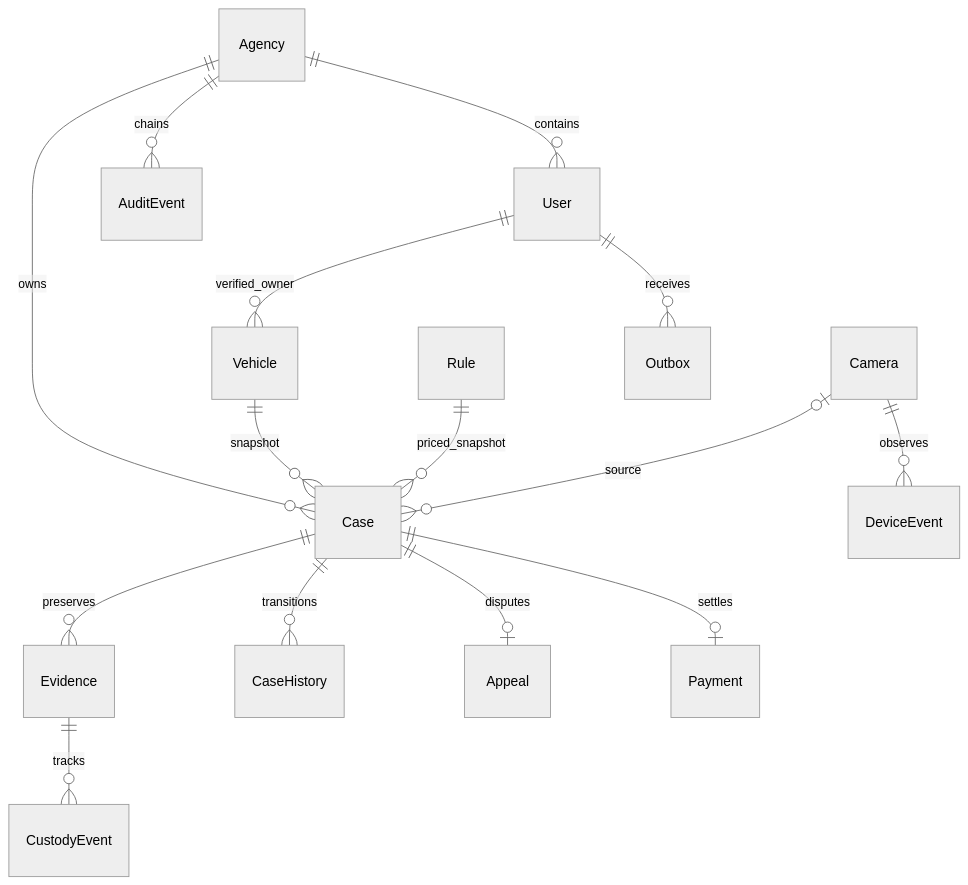
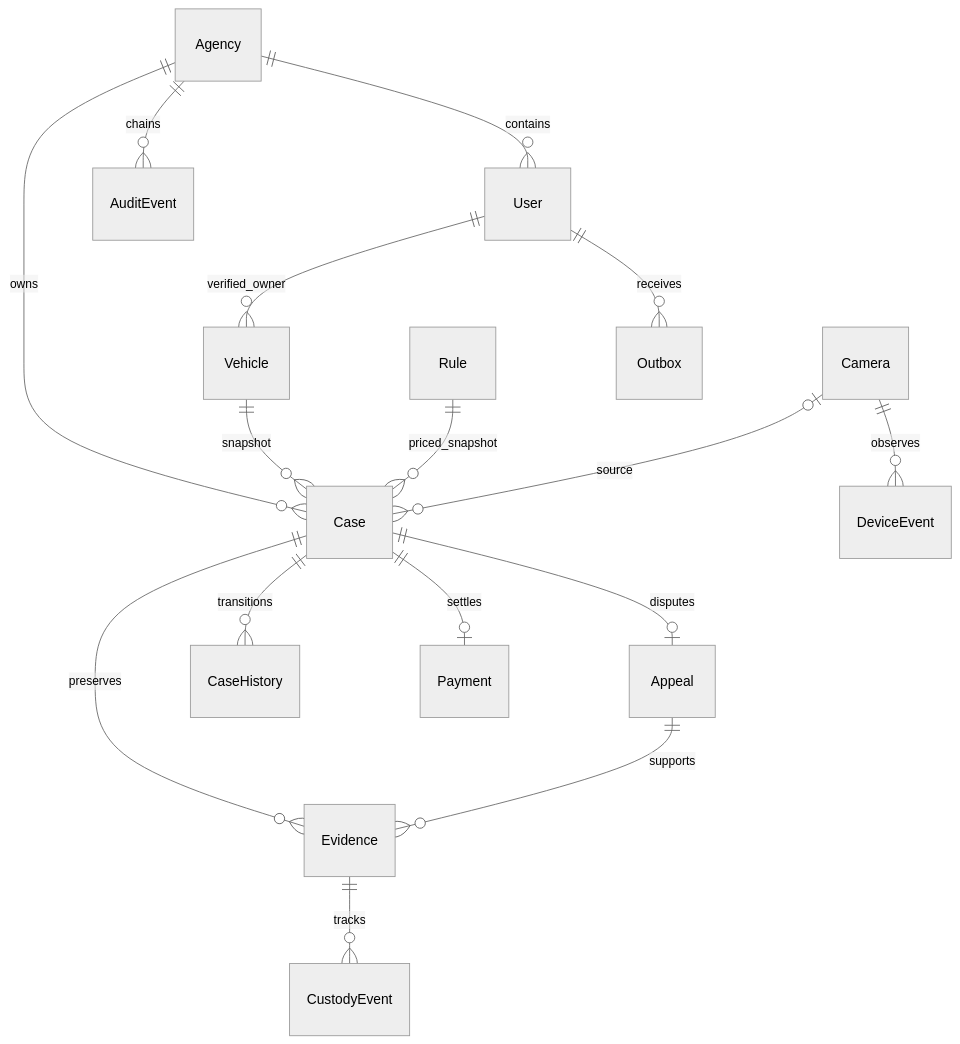
The diagram in docs/DATABASE_DESIGN.md (mohiyaldeenCS/Traffic-Violations-Management-System), drawn with Mermaid (neutral theme) before and after one commit. The commit also changed other lines of this file and 33 other files, not shown here.

````diff
--- a/docs/DATABASE_DESIGN.md
+++ b/docs/DATABASE_DESIGN.md
@@ -6,17 +6,18 @@
 ```mermaid
 erDiagram
   Agency ||--o{ User : contains
   Agency ||--o{ Case : owns
   User ||--o{ Vehicle : verified_owner
   Vehicle ||--o{ Case : snapshot
   Rule ||--o{ Case : priced_snapshot
   Camera o|--o{ Case : source
   Camera ||--o{ DeviceEvent : observes
   Case ||--o{ Evidence : preserves
+  Appeal ||--o{ Evidence : supports
   Evidence ||--o{ CustodyEvent : tracks
   Case ||--o{ CaseHistory : transitions
   Case ||--o| Appeal : disputes
   Case ||--o| Payment : settles
   Agency ||--o{ AuditEvent : chains
   User ||--o{ Outbox : receives
 ```
````
